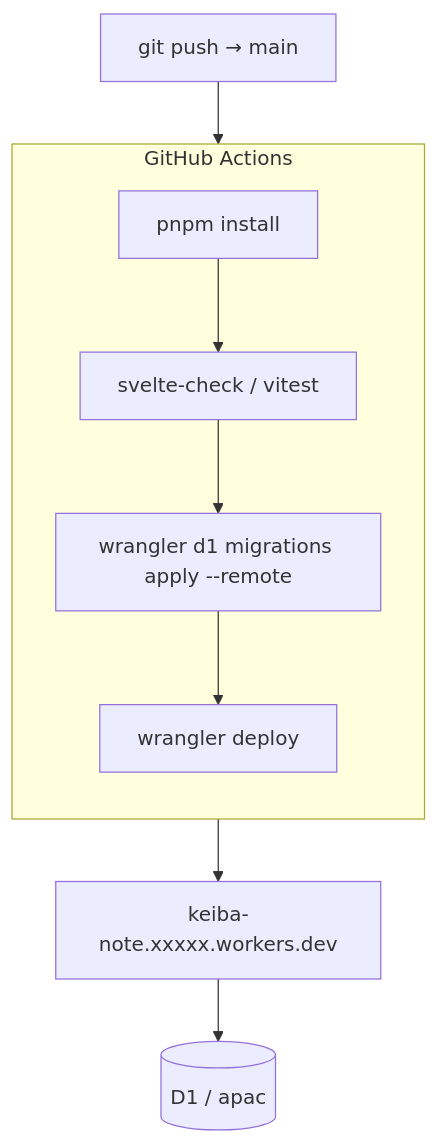
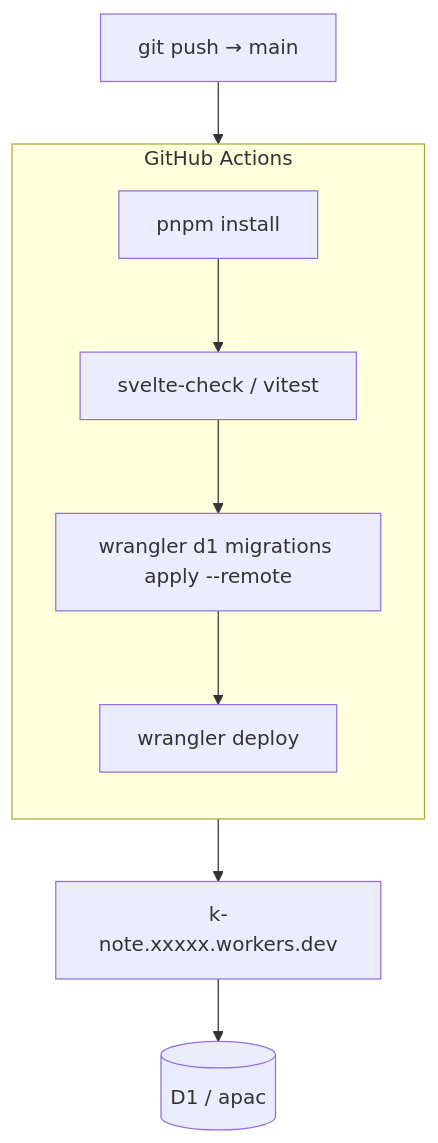
One commit to Atoyr/keiba-note changed the eighth of 10 diagrams in docs/architecture.md. Above: the diagram before and after it, drawn with Mermaid. The commit also changed other lines of this file and 21 other files, not shown here.

````diff
--- a/docs/architecture.md
+++ b/docs/architecture.md
@@ -383,14 +383,14 @@
 ```mermaid
 flowchart TB
     P["git push → main"] --> CI
 
     subgraph CI["GitHub Actions"]
         direction TB
         I["pnpm install"] --> T["svelte-check / vitest"]
         T --> M["wrangler d1 migrations apply --remote"]
         M --> DP["wrangler deploy"]
     end
 
-    DP --> W["keiba-note.xxxxx.workers.dev"]
+    DP --> W["k-note.xxxxx.workers.dev"]
     W --> D[("D1 / apac")]
 ```
````
